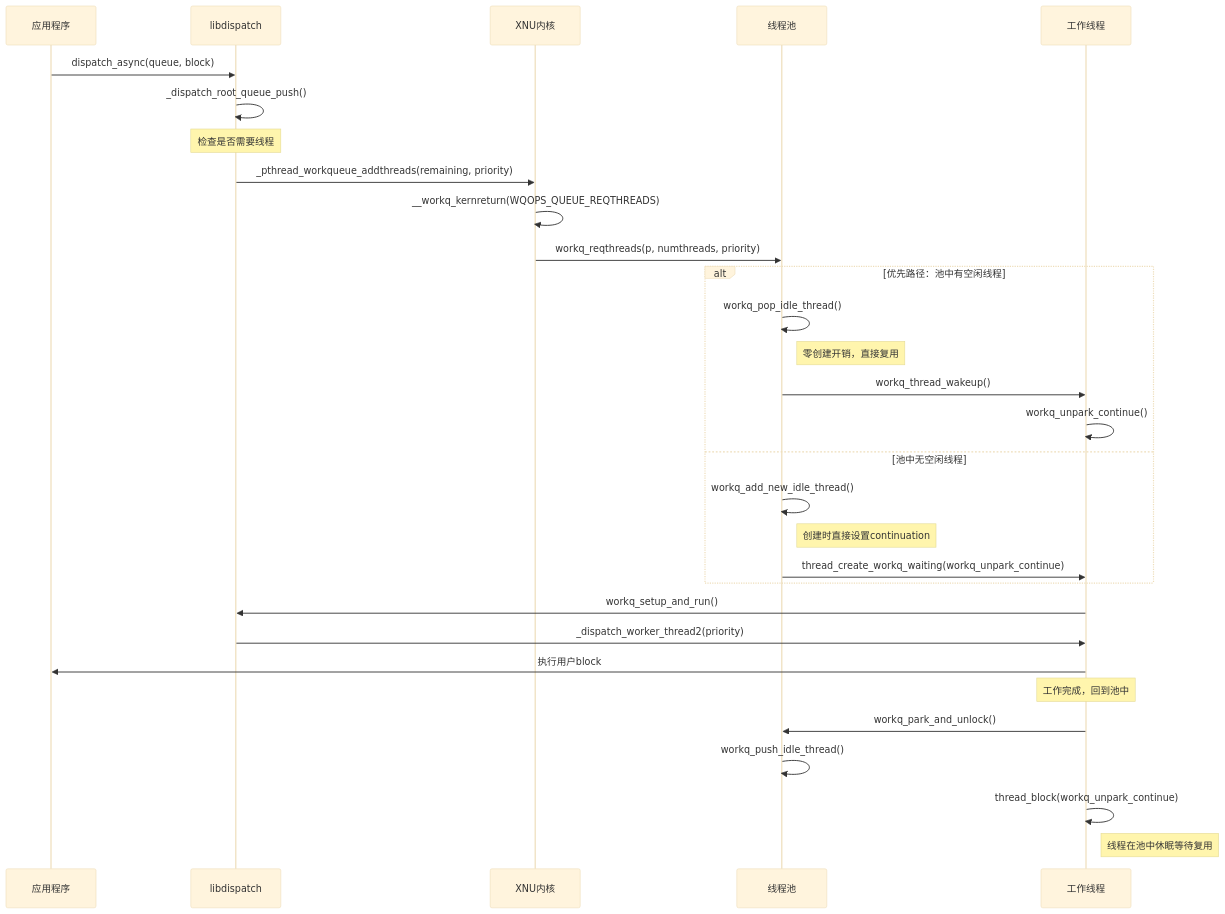
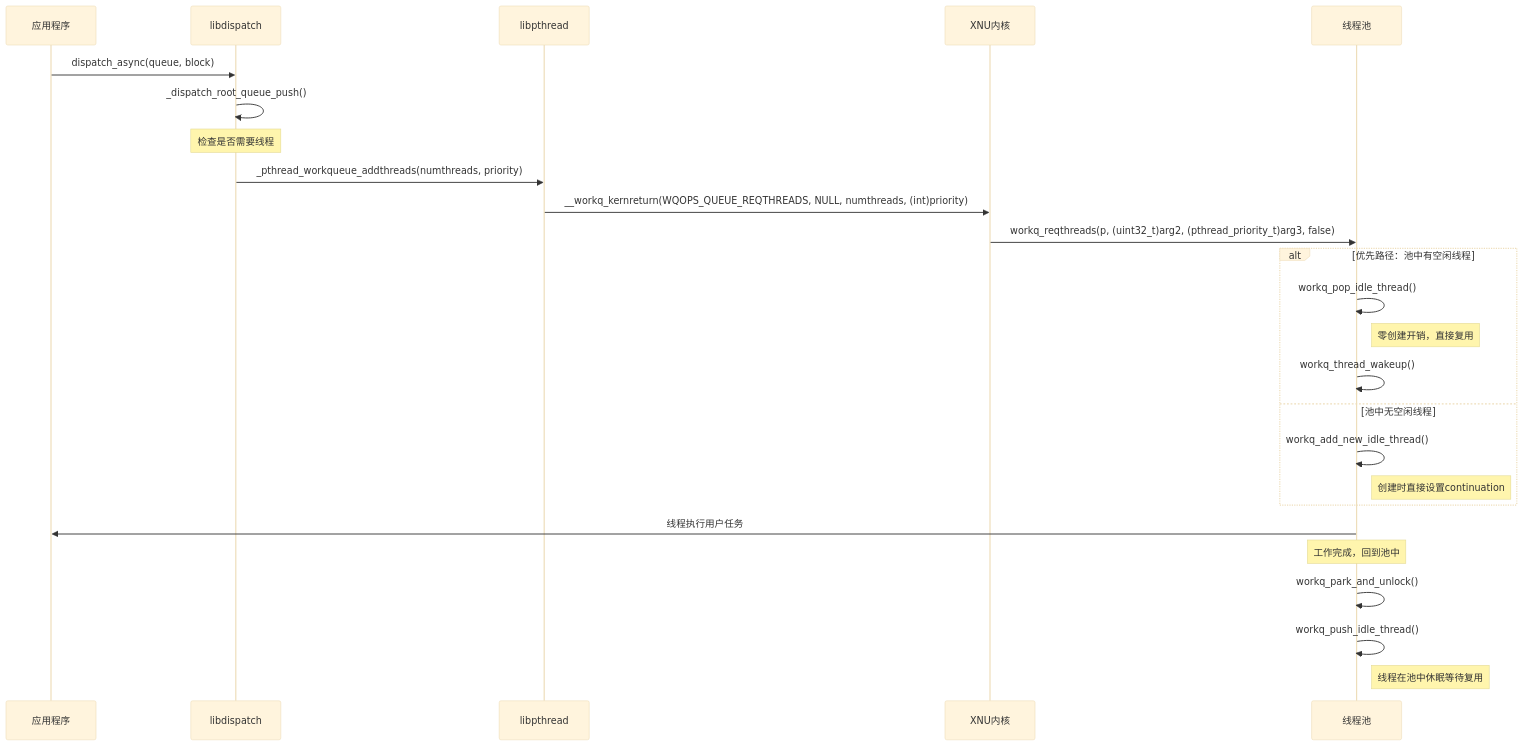
The second of 4 diagrams in _posts/2025-09-13-Apple平台内核级workqueue机制：完整技术解析.md (ufogxl/ufogxl.github.io), drawn with Mermaid (base theme) before and after one commit. The commit also changed other lines of this file, not shown here.

````diff
--- a/_posts/2025-09-13-Apple平台内核级workqueue机制：完整技术解析.md
+++ b/_posts/2025-09-13-Apple平台内核级workqueue机制：完整技术解析.md
@@ -87,37 +81,32 @@
 ```mermaid
 sequenceDiagram
     participant App as 应用程序
     participant GCD as libdispatch
+    participant Pthread as libpthread
     participant Kern as XNU内核
     participant Pool as 线程池
-    participant Thread as 工作线程
 
     App->>GCD: dispatch_async(queue, block)
     GCD->>GCD: _dispatch_root_queue_push()
     
     Note over GCD: 检查是否需要线程
-    GCD->>Kern: _pthread_workqueue_addthreads(remaining, priority)
-    Kern->>Kern: __workq_kernreturn(WQOPS_QUEUE_REQTHREADS)
-    Kern->>Pool: workq_reqthreads(p, numthreads, priority)
+    GCD->>Pthread: _pthread_workqueue_addthreads(numthreads, priority)
+    Pthread->>Kern: __workq_kernreturn(WQOPS_QUEUE_REQTHREADS, NULL, numthreads, (int)priority)
+    Kern->>Pool: workq_reqthreads(p, (uint32_t)arg2, (pthread_priority_t)arg3, false)
     
     alt 优先路径：池中有空闲线程
         Pool->>Pool: workq_pop_idle_thread()
         Note right of Pool: 零创建开销，直接复用
-        Pool->>Thread: workq_thread_wakeup()
-        Thread->>Thread: workq_unpark_continue()
+        Pool->>Pool: workq_thread_wakeup()
     else 池中无空闲线程
         Pool->>Pool: workq_add_new_idle_thread()
         Note right of Pool: 创建时直接设置continuation
-        Pool->>Thread: thread_create_workq_waiting(workq_unpark_continue)
     end
     
-    Thread->>GCD: workq_setup_and_run()
-    GCD->>Thread: _dispatch_worker_thread2(priority)
-    Thread->>App: 执行用户block
+    Pool->>App: 线程执行用户任务
     
-    Note over Thread: 工作完成，回到池中
-    Thread->>Pool: workq_park_and_unlock()
+    Note over Pool: 工作完成，回到池中
+    Pool->>Pool: workq_park_and_unlock()
     Pool->>Pool: workq_push_idle_thread()
-    Thread->>Thread: thread_block(workq_unpark_continue)
-    Note right of Thread: 线程在池中休眠等待复用
+    Note right of Pool: 线程在池中休眠等待复用
 ```
````
